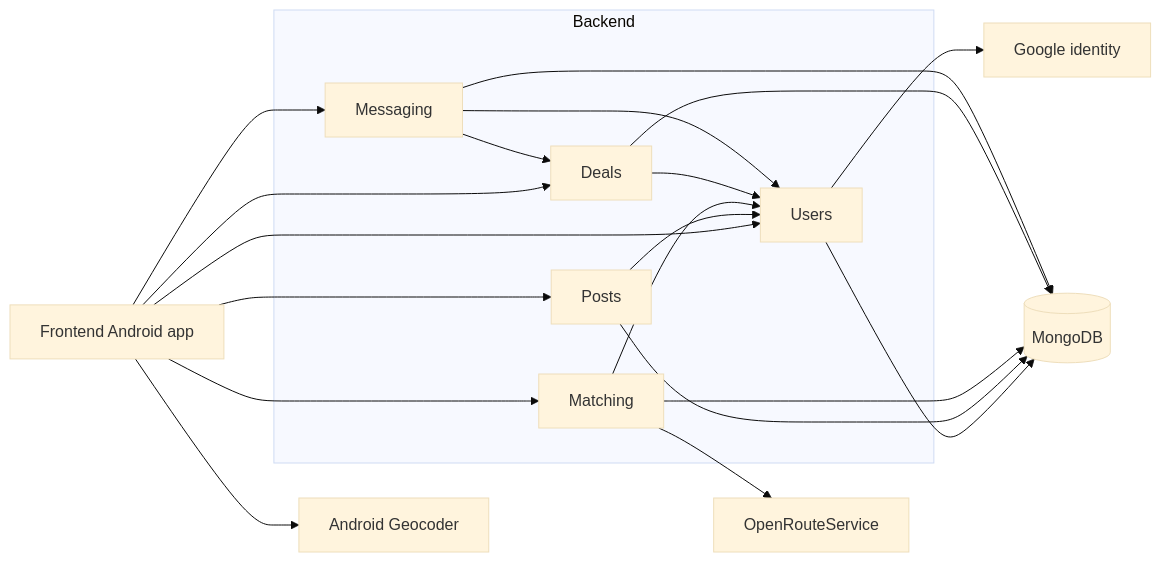
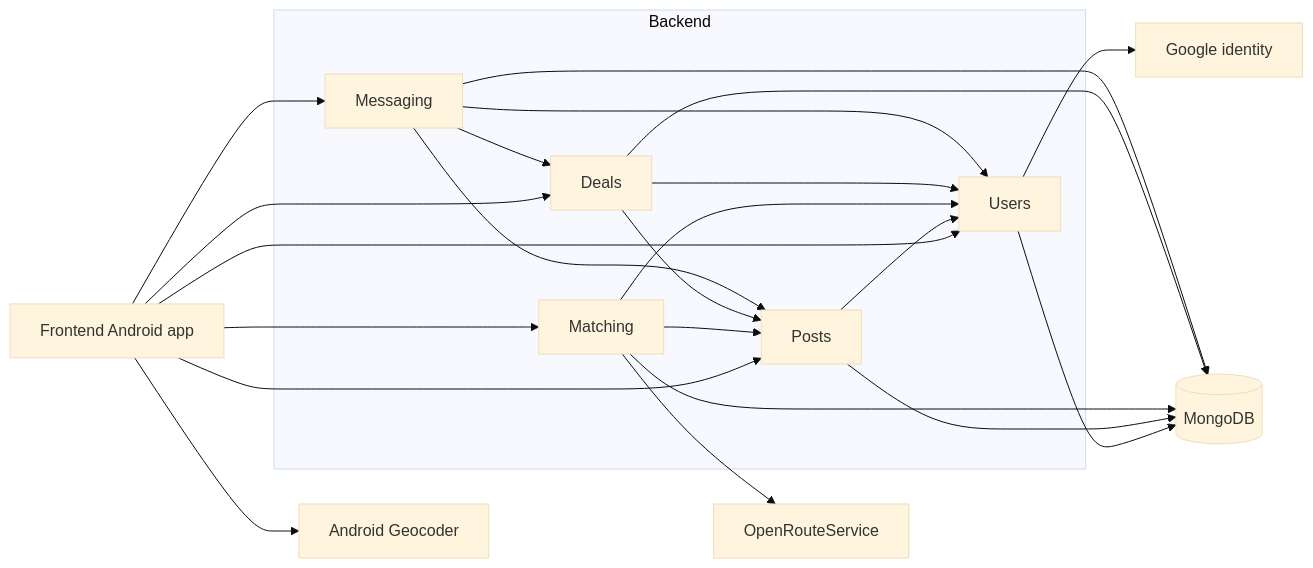
The first of 6 diagrams in documentation/Requirements_and_Design.md (m1lun/MatchMarket), drawn with Mermaid (base theme) before and after one commit. The commit also changed other lines of this file, not shown here.

Commit message:
docs: match the dependencies diagram to the code

````diff
--- a/documentation/Requirements_and_Design.md
+++ b/documentation/Requirements_and_Design.md
@@ -497,34 +498,37 @@
 ```mermaid
 flowchart LR
     FE[Frontend Android app]
     subgraph BE["Backend"]
         UA[Users]
         P[Posts]
         M[Matching]
         MS[Messaging]
         D[Deals]
     end
     DB[(MongoDB)]
     G[Google identity]
     GEO[Android Geocoder]
     ORS[OpenRouteService]
 
     FE --> UA
     FE --> P
     FE --> M
     FE --> GEO
     FE --> D
     FE --> MS
     UA --> G
     UA --> DB
     P --> UA
     P --> DB
     M --> UA
     M --> DB
     D --> UA
     D --> DB
     M --> ORS
     MS --> UA
     MS --> DB
     MS --> D
+    M --> P
+    D --> P
+    MS --> P
 ```
````
